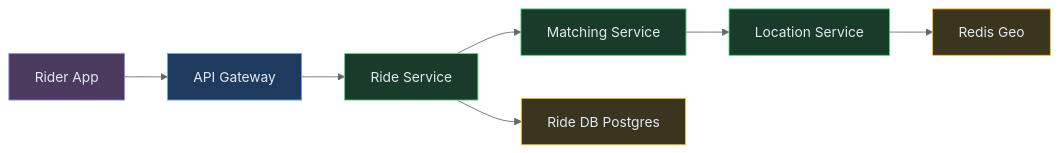
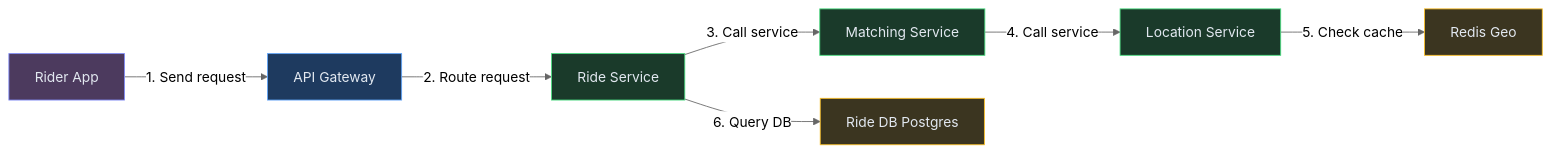
One commit to iluzn/HLD-Designs changed the second of 11 diagrams in content/hld/Uber.md. Above: the diagram before and after it, drawn with Mermaid (neutral theme). The commit also changed other lines of this file and 27 other files, not shown here.

````diff
--- a/content/hld/Uber.md
+++ b/content/hld/Uber.md
@@ -195,22 +195,22 @@
 ```mermaid
 flowchart LR
     Rider["Rider App"]:::client
     GW["API Gateway"]:::edge
     RS["Ride Service"]:::service
     MS["Matching Service"]:::service
     LS["Location Service"]:::service
     RG["Redis Geo"]:::data
     DB["Ride DB Postgres"]:::data
 
-    Rider --> GW
-    GW --> RS
-    RS --> MS
-    MS --> LS
-    LS --> RG
-    RS --> DB
+    Rider -->|"1. Send request"| GW
+    GW -->|"2. Route request"| RS
+    RS -->|"3. Call service"| MS
+    MS -->|"4. Call service"| LS
+    LS -->|"5. Check cache"| RG
+    RS -->|"6. Query DB"| DB
 
     classDef client fill:#4c3a5e,stroke:#818cf8,color:#e2e8f0
     classDef edge fill:#1e3a5f,stroke:#60a5fa,color:#e2e8f0
     classDef service fill:#1a3a2a,stroke:#4ade80,color:#e2e8f0
     classDef data fill:#3b3520,stroke:#fbbf24,color:#e2e8f0
 ```
````
